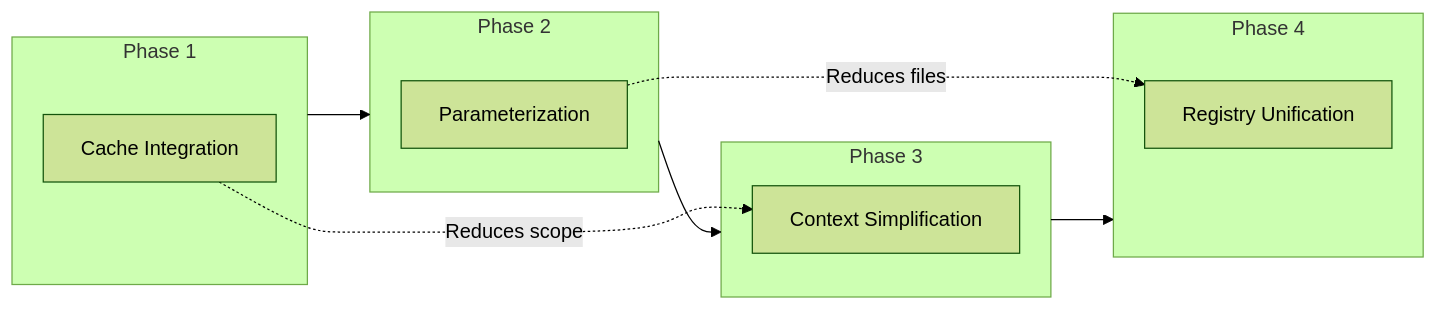
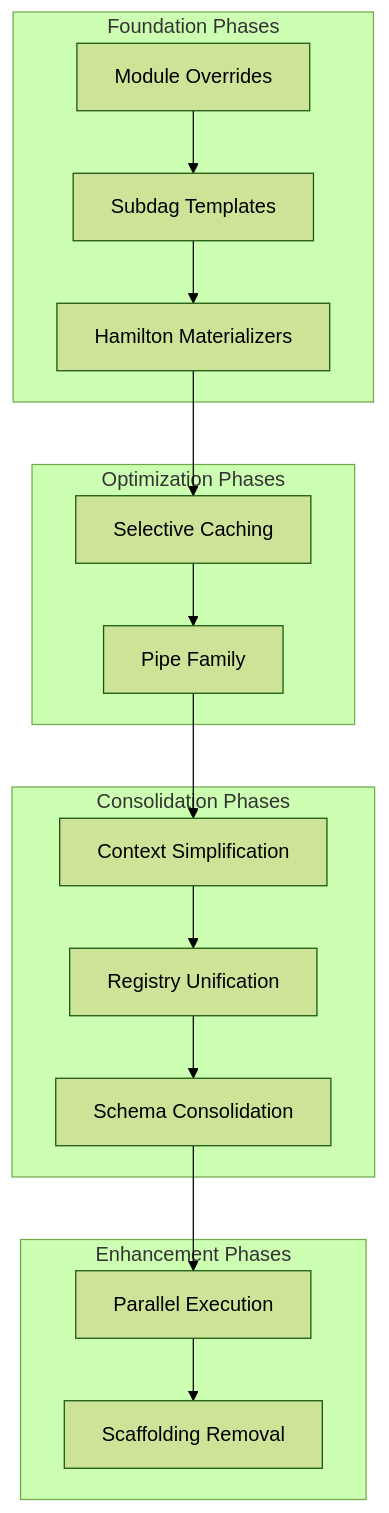
Before and after one commit to paul-heyse/CodeIntel: the first of 4 diagrams in docs/cleanup_post_hamilton_integration/BUILD_CONSOLIDATION_AND_ENHANCEMENT_PLAN.md, drawn with Mermaid (forest theme). The commit also changed other lines of this file and 82 other files, not shown here.

````diff
--- a/docs/cleanup_post_hamilton_integration/BUILD_CONSOLIDATION_AND_ENHANCEMENT_PLAN.md
+++ b/docs/cleanup_post_hamilton_integration/BUILD_CONSOLIDATION_AND_ENHANCEMENT_PLAN.md
@@ -167,25 +182,34 @@
 ```mermaid
-graph LR
-    subgraph phase1 [Phase 1]
-        P1A[Cache Integration]
+graph TD
+    subgraph foundation [Foundation Phases]
+        P1[Module Overrides]
+        P2[Subdag Templates]
+        P3[Hamilton Materializers]
     end
     
-    subgraph phase2 [Phase 2]
-        P2A[Parameterization]
+    subgraph optimization [Optimization Phases]
+        P4[Selective Caching]
+        P5[Pipe Family]
     end
     
-    subgraph phase3 [Phase 3]
-        P3A[Context Simplification]
+    subgraph consolidation [Consolidation Phases]
+        P6[Context Simplification]
+        P7[Registry Unification]
+        P8[Schema Consolidation]
     end
     
-    subgraph phase4 [Phase 4]
-        P4A[Registry Unification]
+    subgraph enhancement [Enhancement Phases]
+        P9[Parallel Execution]
+        P10[Scaffolding Removal]
     end
     
-    phase1 --> phase2
-    phase2 --> phase3
-    phase3 --> phase4
-    
-    P1A -.->|"Reduces scope"| P3A
-    P2A -.->|"Reduces files"| P4A
+    P1 --> P2
+    P2 --> P3
+    P3 --> P4
+    P4 --> P5
+    P5 --> P6
+    P6 --> P7
+    P7 --> P8
+    P8 --> P9
+    P9 --> P10
 ```
````
